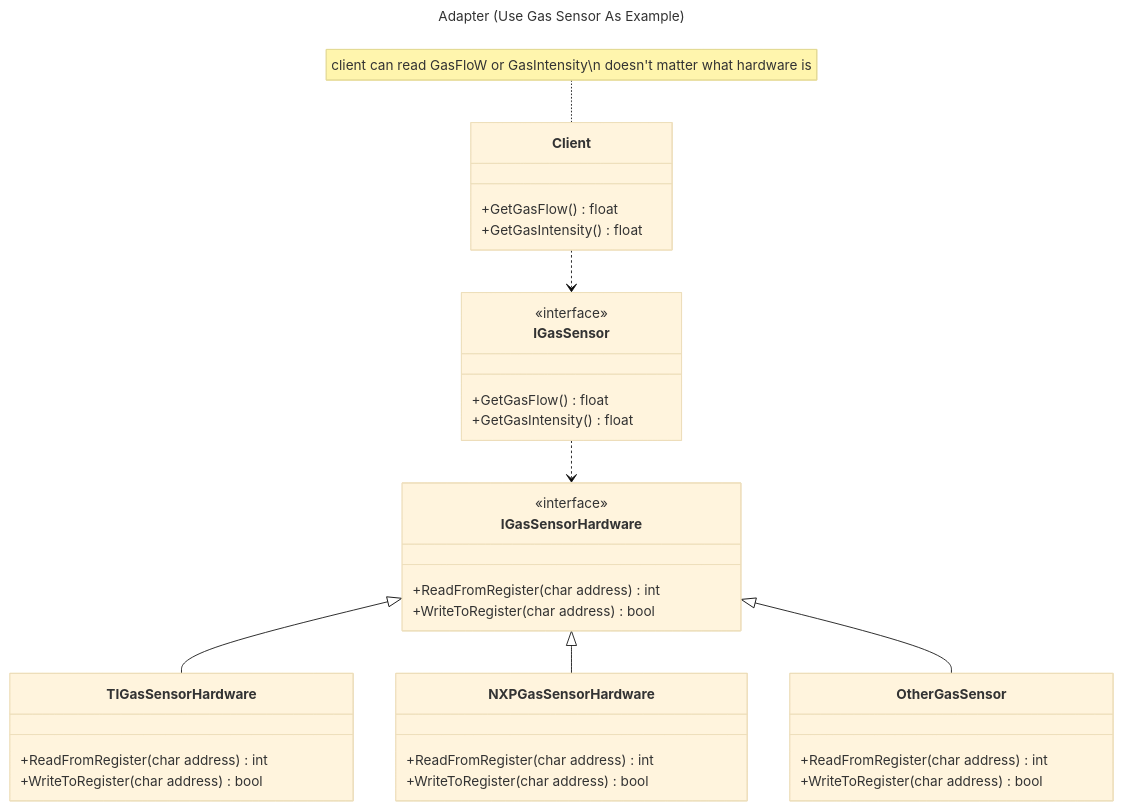
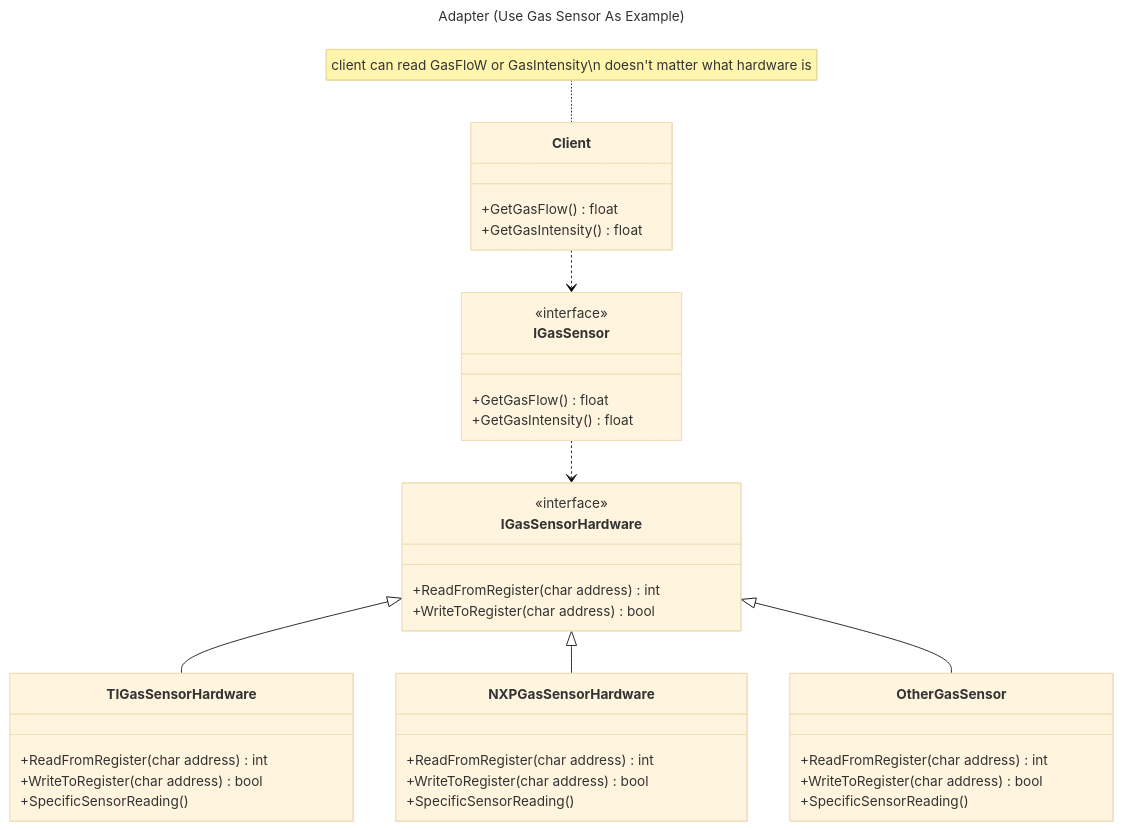
The diagram in designPatternCpp/README.md (ahsanu123/learnRepo), drawn with Mermaid (base theme) before and after one commit.

````diff
--- a/designPatternCpp/README.md
+++ b/designPatternCpp/README.md
@@ -10,47 +10,50 @@
 ```mermaid
 ---
 title: Adapter (Use Gas Sensor As Example)
 ---
 classDiagram
 
     IGasSensorHardware <|-- TIGasSensorHardware
     IGasSensorHardware <|-- NXPGasSensorHardware
     IGasSensorHardware <|-- OtherGasSensor
     IGasSensor ..> IGasSensorHardware
     Client ..> IGasSensor
 
     note for Client "client can read GasFloW or GasIntensity\n doesn't matter what hardware is"
 
     class IGasSensor {
       <<interface>>
       +GetGasFlow() float
       +GetGasIntensity() float
     }
 
     class IGasSensorHardware {
       <<interface>>
       +ReadFromRegister(char address) int
       +WriteToRegister(char address) bool
     }
 
     class TIGasSensorHardware{
       +ReadFromRegister(char address) int
       +WriteToRegister(char address) bool
+      +SpecificSensorReading() 
     }
 
     class NXPGasSensorHardware{
       +ReadFromRegister(char address) int
       +WriteToRegister(char address) bool
+      +SpecificSensorReading() 
     }
 
     class OtherGasSensor{
       +ReadFromRegister(char address) int
       +WriteToRegister(char address) bool
+      +SpecificSensorReading() 
     }
 
     class Client{
       +GetGasFlow() float
       +GetGasIntensity() float
     }
 
 ```
````
